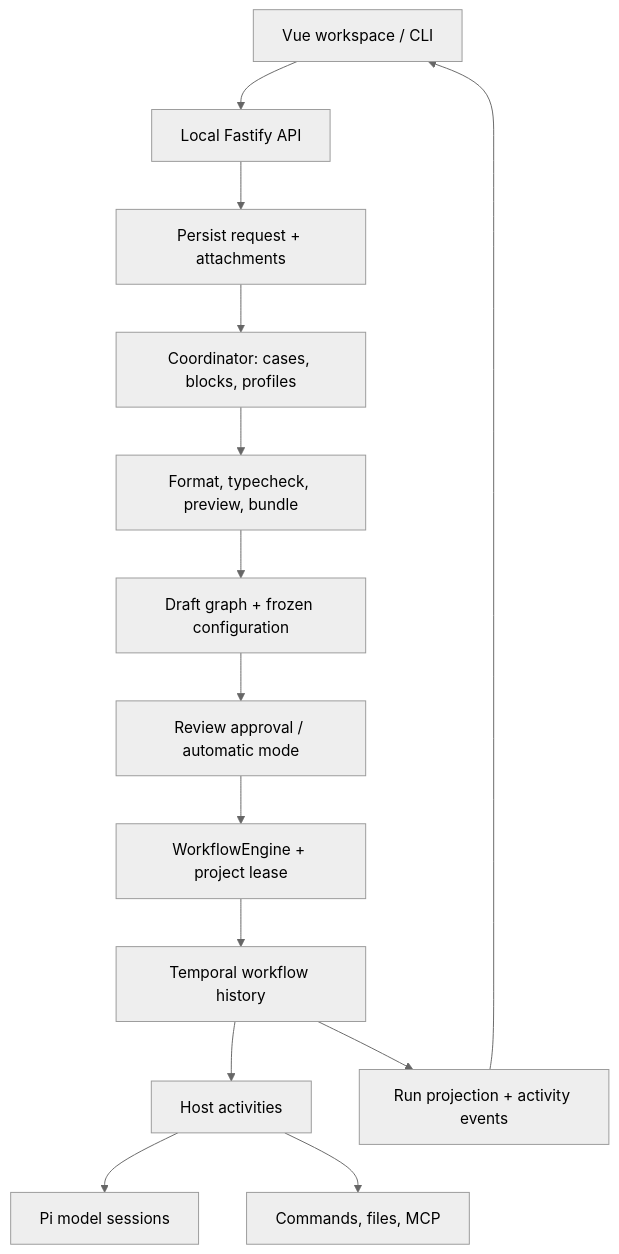
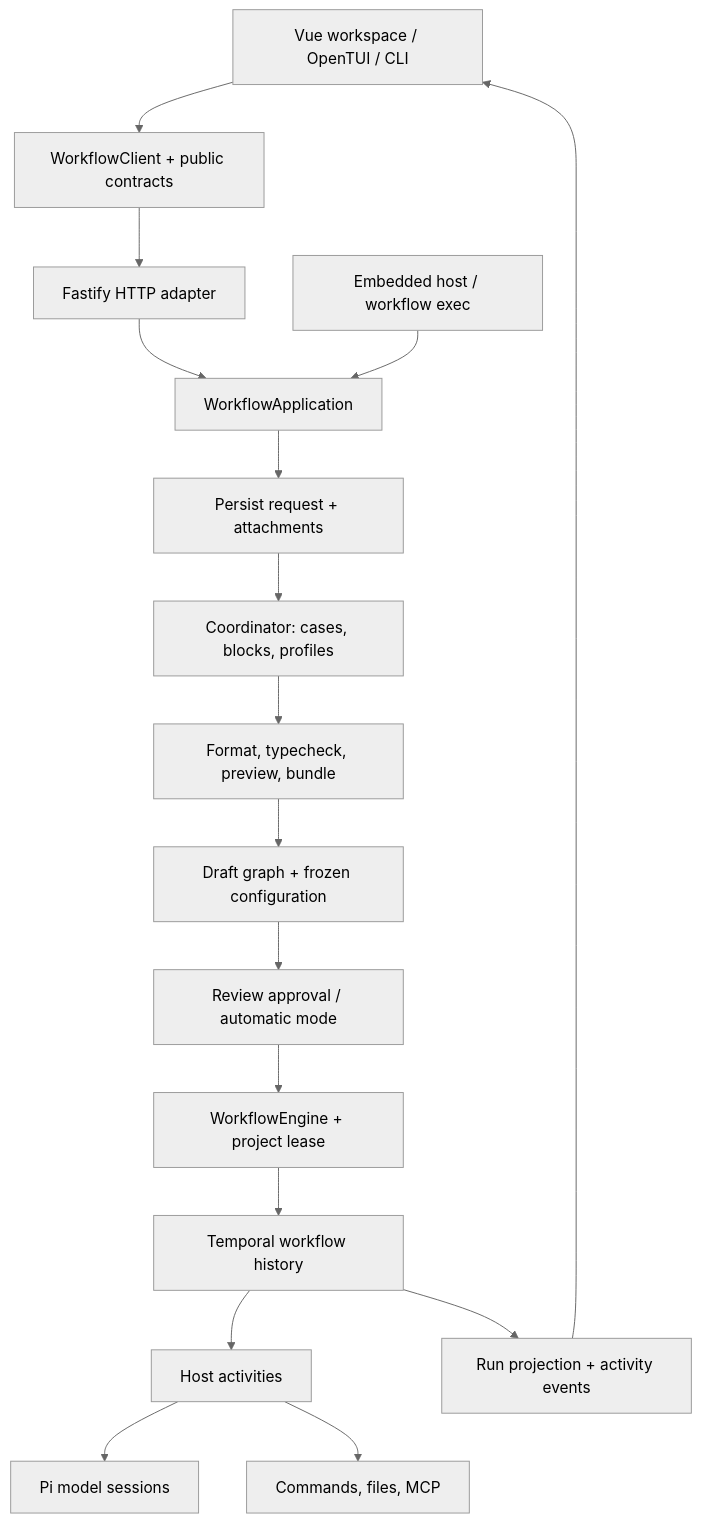
One commit to cjvnjde/workflow changed the diagram in docs/architecture.md. Above: the diagram before and after it, drawn with Mermaid (neutral theme). The commit also changed other lines of this file and 88 other files, not shown here.

````diff
--- a/docs/architecture.md
+++ b/docs/architecture.md
@@ -9,16 +9,19 @@
 ```mermaid
 flowchart TD
-    UI["Vue workspace / CLI"] --> API["Local Fastify API"]
-    API --> Task["Persist request + attachments"]
+    UI["Vue workspace / OpenTUI / CLI"] --> Client["WorkflowClient + public contracts"]
+    Client --> API["Fastify HTTP adapter"]
+    API --> App["WorkflowApplication"]
+    Direct["Embedded host / workflow exec"] --> App
+    App --> Task["Persist request + attachments"]
     Task --> Planner["Coordinator: cases, blocks, profiles"]
     Planner --> Compiler["Format, typecheck, preview, bundle"]
     Compiler --> Draft["Draft graph + frozen configuration"]
     Draft --> Approval["Review approval / automatic mode"]
     Approval --> Engine["WorkflowEngine + project lease"]
     Engine --> Temporal["Temporal workflow history"]
     Temporal --> Activities["Host activities"]
     Activities --> Pi["Pi model sessions"]
     Activities --> Host["Commands, files, MCP"]
     Temporal --> Events["Run projection + activity events"]
     Events --> UI
 ```
````
